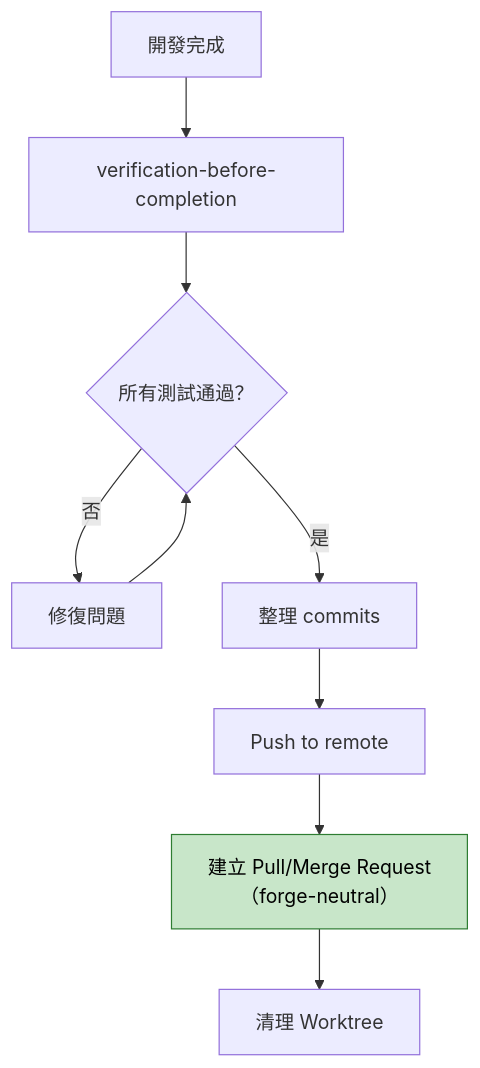
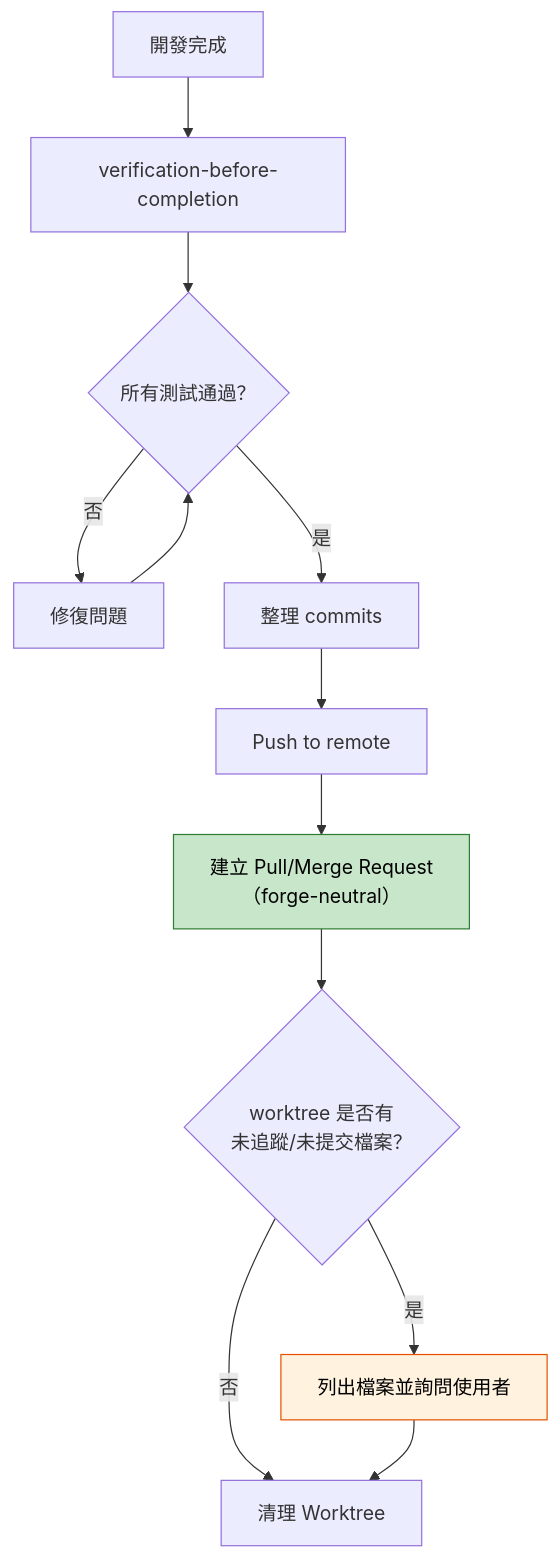
One commit to chihhung/Blog changed diagram 19 of 45 in content/posts/教學/AI開發/Superpowers教學手冊.md. Above: the diagram before and after it, drawn with Mermaid. The commit also changed other lines of this file, not shown here.

````diff
--- a/content/posts/教學/AI開發/Superpowers教學手冊.md
+++ b/content/posts/教學/AI開發/Superpowers教學手冊.md
@@ -2047,13 +2192,17 @@
 ```mermaid
 graph TD
     A[開發完成] --> B[verification-before-completion]
     B --> C{所有測試通過？}
     C -->|否| D[修復問題]
     D --> C
     C -->|是| E[整理 commits]
     E --> F[Push to remote]
     F --> G[建立 Pull/Merge Request<br/>（forge-neutral）]
-    G --> H[清理 Worktree]
+    G --> H{worktree 是否有<br/>未追蹤/未提交檔案？}
+    H -->|是| I[列出檔案並詢問使用者]
+    H -->|否| J[清理 Worktree]
+    I --> J
     
     style G fill:#c8e6c9,stroke:#2e7d32,color:#000
+    style I fill:#fff3e0,stroke:#e65100,color:#000
 ```
````
